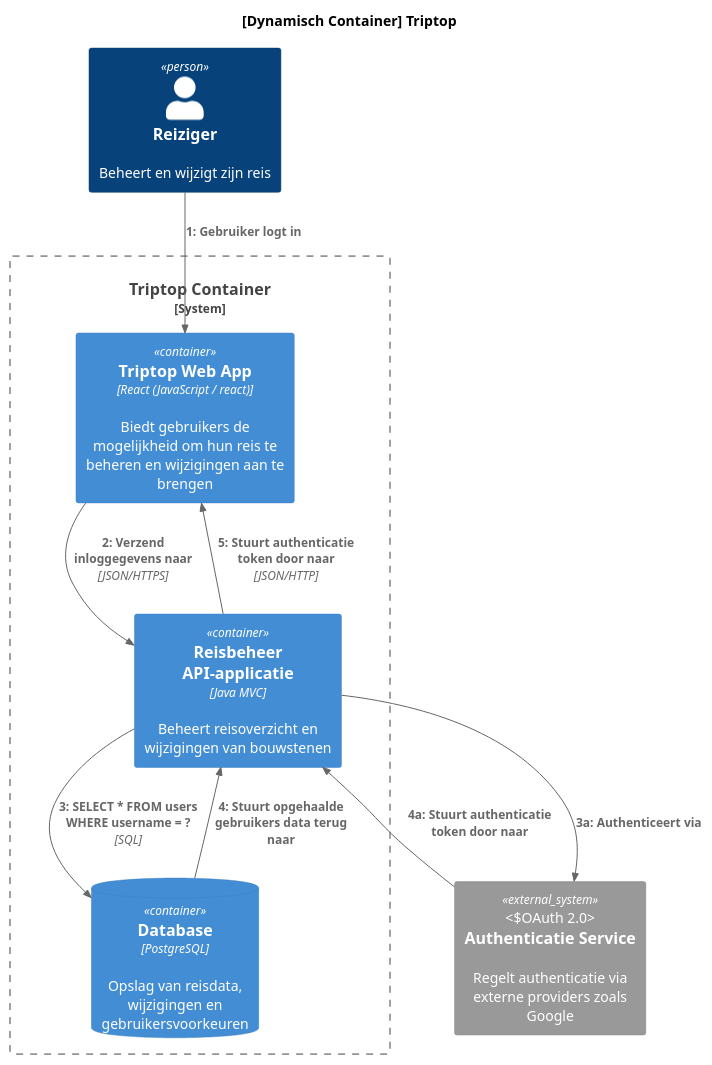
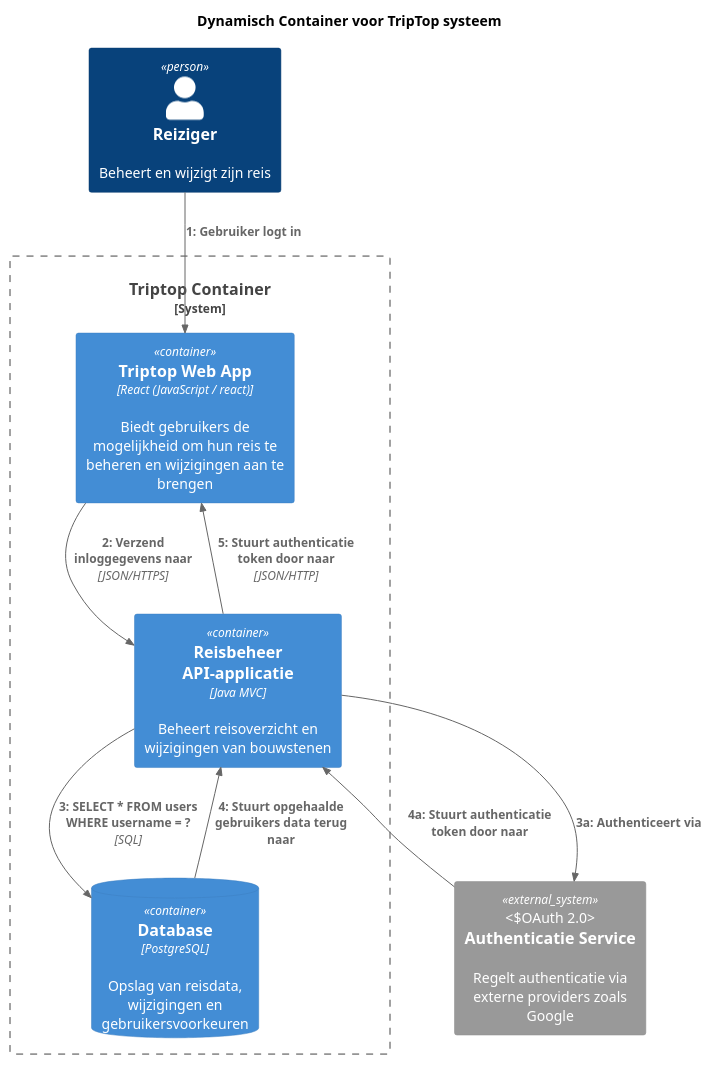
Before and after one commit to AIM-ENE-feb25/triptop-groep-4-afscheidscadeau-voor-juf-kim: the diagram in opdracht-diagrammen/Dynamisch Diagram inloggen.puml, drawn with PlantUML. The commit also changed 3 other files, not shown here.

Commit message:
Aangepast Diagram Titels

````diff
--- a/opdracht-diagrammen/Dynamisch Diagram inloggen.puml
+++ b/opdracht-diagrammen/Dynamisch Diagram inloggen.puml
@@ -1,35 +1,35 @@
 @startuml
 !include https://raw.githubusercontent.com/plantuml-stdlib/C4-PlantUML/master/C4_Dynamic.puml
 
 
-title [Dynamisch Container] Triptop
+title Dynamisch Container voor TripTop systeem
 
 Person(user, "Reiziger", "Beheert en wijzigt zijn reis")
 
 System_Boundary(triptop, "Triptop Container") {
 
     Container(web, "Triptop Web App", "React (JavaScript / react)", "Biedt gebruikers de mogelijkheid om hun reis te beheren en wijzigingen aan te brengen")
 
 '    Nodig?
 '    Container(api, "API Gateway", "Java MVC", "")
 
     Container(trip_manager, "Reisbeheer API-applicatie", "Java MVC", "Beheert reisoverzicht en wijzigingen van bouwstenen")
 
     ContainerDb(db, "Database", "PostgreSQL", "Opslag van reisdata, wijzigingen en gebruikersvoorkeuren")
 }
 
 System_Ext(authService, "Authenticatie Service", "Regelt authenticatie via externe providers zoals Google", OAuth 2.0)
 
 Rel(user, web, "Gebruiker logt in")
 Rel(web, trip_manager, "Verzend inloggegevens naar", JSON/HTTPS)
 
 Rel(trip_manager, authService, "Authenticeert via", $index = 3a)
 Rel(authService, trip_manager, "Stuurt authenticatie token door naar", $index = 4a )
 
 Rel(trip_manager, db,"SELECT * FROM users WHERE username = ?", "SQL")
 Rel(db, trip_manager, "Stuurt opgehaalde gebruikers data terug naar")
 Rel(trip_manager, web, "Stuurt authenticatie token door naar", "JSON/HTTP")
 
 
 
 @enduml```
````
